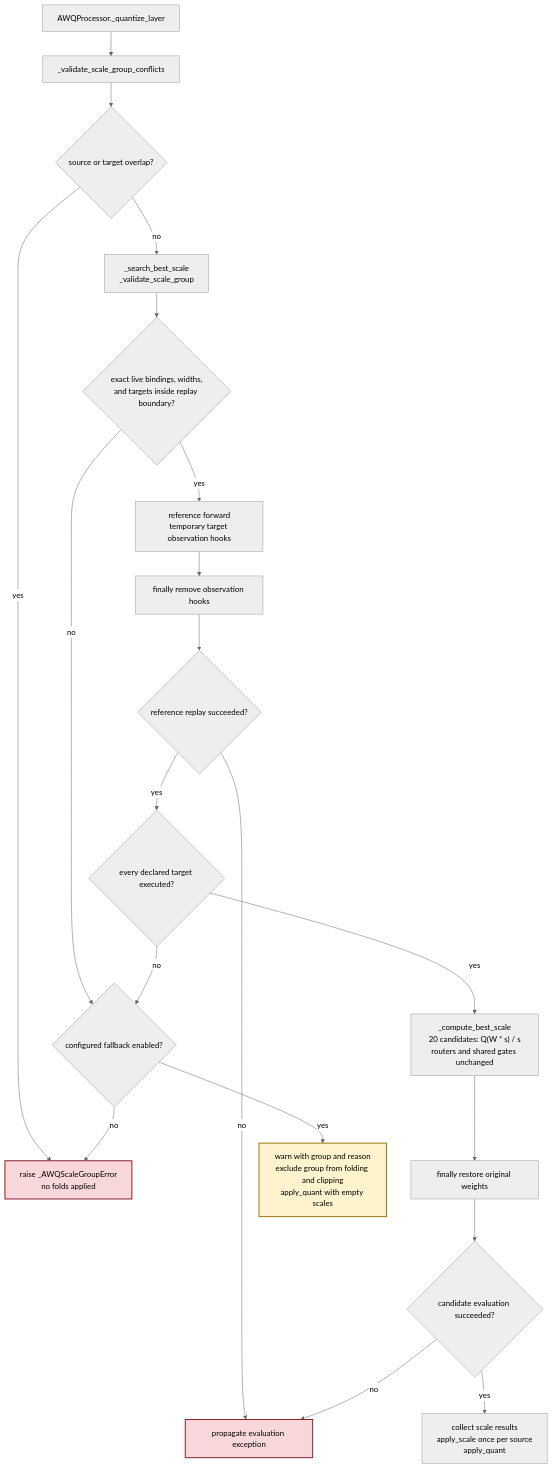
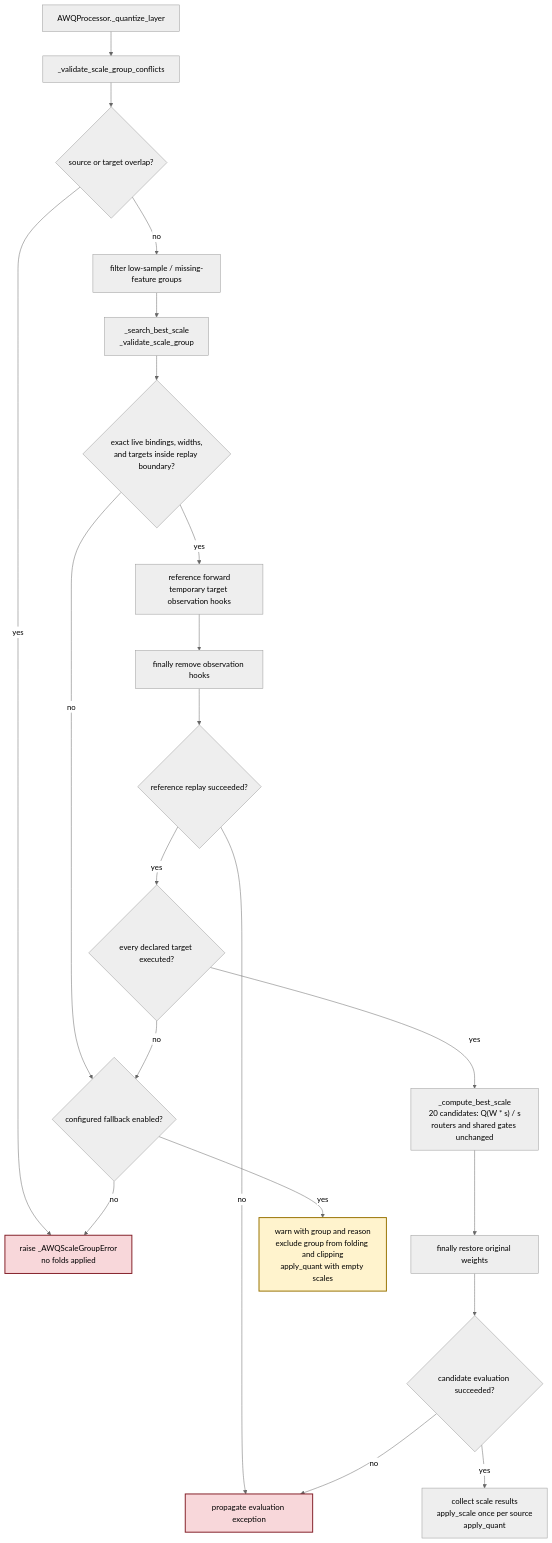
The second of 8 diagrams in docs/awq-scaling-groups.md (ModelCloud/GPTQModel), drawn with Mermaid (neutral theme) before and after one commit. The commit also changed other lines of this file and 2 other files, not shown here.

Commit message:
fix(awq): reject fold conflicts before group filtering

````diff
--- a/docs/awq-scaling-groups.md
+++ b/docs/awq-scaling-groups.md
@@ -77,25 +77,26 @@
 ```mermaid
 flowchart TD
     A["AWQProcessor._quantize_layer"] --> B["_validate_scale_group_conflicts"]
     B --> C{"source or target overlap?"}
     C -- "yes" --> X["raise _AWQScaleGroupError<br/>no folds applied"]
-    C -- "no" --> D["_search_best_scale<br/>_validate_scale_group"]
+    C -- "no" --> P["filter low-sample / missing-feature groups"]
+    P --> D["_search_best_scale<br/>_validate_scale_group"]
     D --> E{"exact live bindings, widths,<br/>and targets inside replay boundary?"}
     E -- "no" --> F{"configured fallback enabled?"}
     E -- "yes" --> G["reference forward<br/>temporary target observation hooks"]
     G --> H["finally remove observation hooks"]
     H --> R{"reference replay succeeded?"}
     R -- "no" --> Y["propagate evaluation exception"]
     R -- "yes" --> I{"every declared target executed?"}
     I -- "no" --> F
     I -- "yes" --> J["_compute_best_scale<br/>20 candidates: Q(W * s) / s<br/>routers and shared gates unchanged"]
     J --> K["finally restore original weights"]
     K --> L{"candidate evaluation succeeded?"}
     L -- "yes" --> M["collect scale results<br/>apply_scale once per source<br/>apply_quant"]
     L -- "no" --> Y
     F -- "yes" --> N["warn with group and reason<br/>exclude group from folding and clipping<br/>apply_quant with empty scales"]
     F -- "no" --> X
     style X fill:#f8d7da,stroke:#842029,stroke-width:2px
     style Y fill:#f8d7da,stroke:#842029,stroke-width:2px
     style N fill:#fff3cd,stroke:#997404,stroke-width:2px
 ```
````
